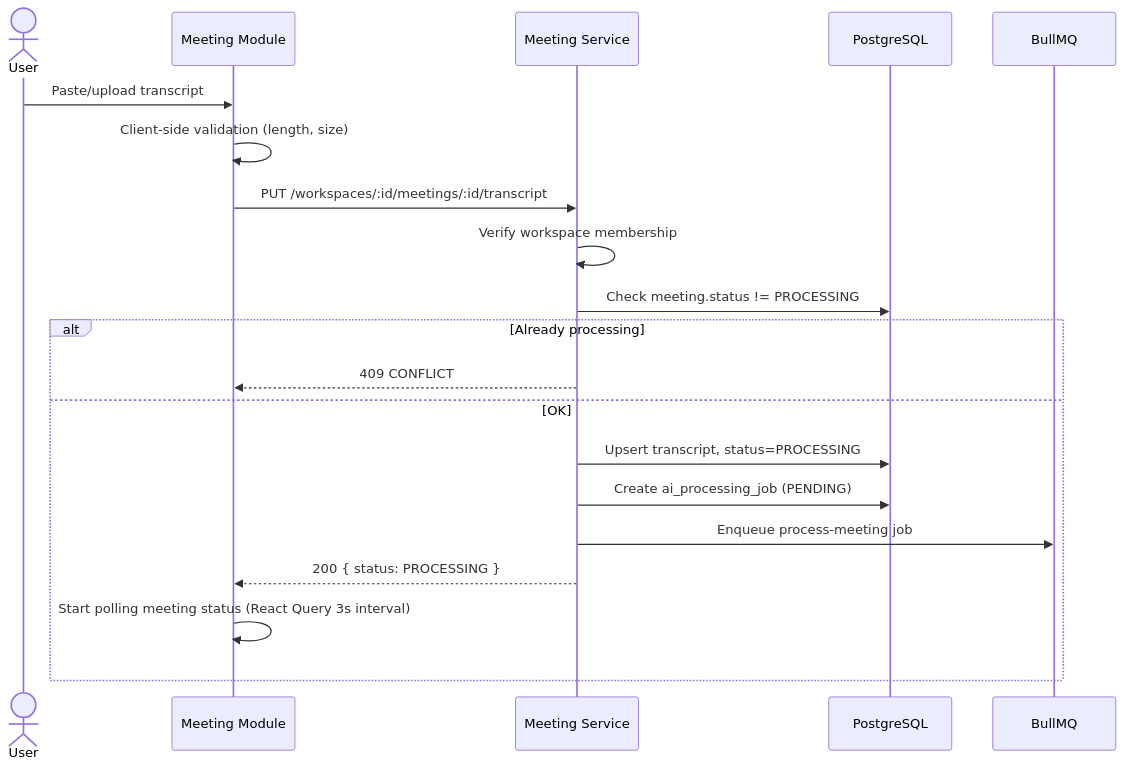
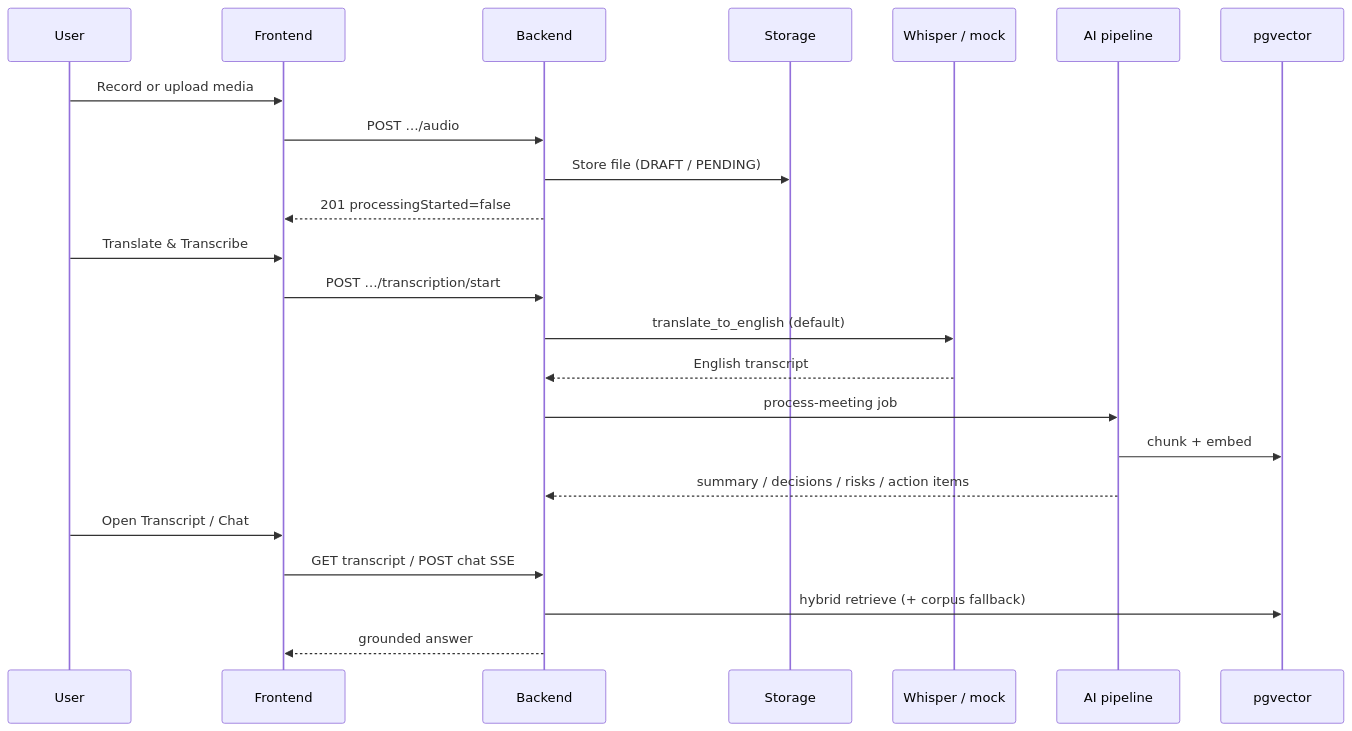
Before and after one commit to sumaiyabinterafiq97/AI-Meeting-Notes-Task-Manager: the fourth of 6 diagrams in docs/system-architecture.md, drawn with Mermaid. The commit also changed other lines of this file and 22 other files, not shown here.

Commit message:
docs: sync inventory, audits, and API/architecture to v0.7.2

````diff
--- a/docs/system-architecture.md
+++ b/docs/system-architecture.md
@@ -242,23 +163,26 @@
 ```mermaid
 sequenceDiagram
-    actor U as User
-    participant FE as Meeting Module
-    participant API as Meeting Service
-    participant DB as PostgreSQL
-    participant Q as BullMQ
+    participant U as User
+    participant FE as Frontend
+    participant API as Backend
+    participant ST as Storage
+    participant W as Whisper / mock
+    participant AI as AI pipeline
+    participant V as pgvector
 
-    U->>FE: Paste/upload transcript
-    FE->>FE: Client-side validation (length, size)
-    FE->>API: PUT /workspaces/:id/meetings/:id/transcript
-    API->>API: Verify workspace membership
-    API->>DB: Check meeting.status != PROCESSING
-    alt Already processing
-        API-->>FE: 409 CONFLICT
-    else OK
-        API->>DB: Upsert transcript, status=PROCESSING
-        API->>DB: Create ai_processing_job (PENDING)
-        API->>Q: Enqueue process-meeting job
-        API-->>FE: 200 { status: PROCESSING }
-        FE->>FE: Start polling meeting status (React Query 3s interval)
-    end
+    U->>FE: Record or upload media
+    FE->>API: POST …/audio
+    API->>ST: Store file (DRAFT / PENDING)
+    API-->>FE: 201 processingStarted=false
+    U->>FE: Translate & Transcribe
+    FE->>API: POST …/transcription/start
+    API->>W: translate_to_english (default)
+    W-->>API: English transcript
+    API->>AI: process-meeting job
+    AI->>V: chunk + embed
+    AI-->>API: summary / decisions / risks / action items
+    U->>FE: Open Transcript / Chat
+    FE->>API: GET transcript / POST chat SSE
+    API->>V: hybrid retrieve (+ corpus fallback)
+    API-->>FE: grounded answer
 ```
````
